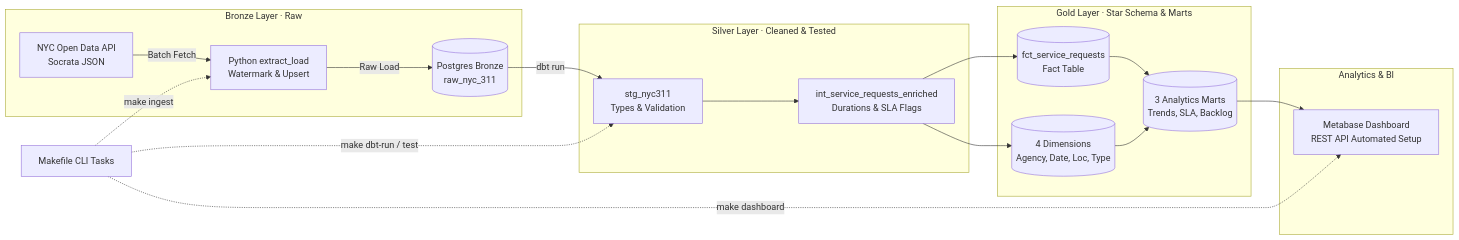
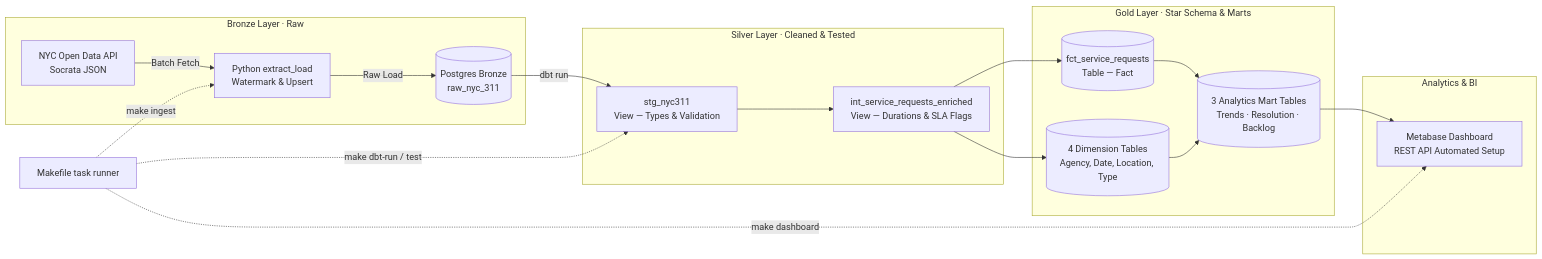
Before and after one commit to DataCraftTeam/nyc-311-data-platform: the diagram in README.md, drawn with Mermaid. The commit also changed other lines of this file, not shown here.

Commit message:
docs: improve README with verified results, config table, troubleshooting, limitations

````diff
--- a/README.md
+++ b/README.md
@@ -11,26 +16,26 @@
 ```mermaid
 flowchart LR
     subgraph BRONZE [Bronze Layer · Raw]
         API[NYC Open Data API\nSocrata JSON] -->|Batch Fetch| PY[Python extract_load\nWatermark & Upsert]
         PY -->|Raw Load| PG_B[(Postgres Bronze\nraw_nyc_311)]
     end
 
     subgraph SILVER [Silver Layer · Cleaned & Tested]
-        PG_B -->|dbt run| STG[stg_nyc311\nTypes & Validation]
-        STG --> INT[int_service_requests_enriched\nDurations & SLA Flags]
+        PG_B -->|dbt run| STG[stg_nyc311\nView — Types & Validation]
+        STG --> INT[int_service_requests_enriched\nView — Durations & SLA Flags]
     end
 
     subgraph GOLD [Gold Layer · Star Schema & Marts]
-        INT --> FCT[(fct_service_requests\nFact Table)]
-        INT --> DIMS[(4 Dimensions\nAgency, Date, Loc, Type)]
-        FCT & DIMS --> MARTS[(3 Analytics Marts\nTrends, SLA, Backlog)]
+        INT --> FCT[(fct_service_requests\nTable — Fact)]
+        INT --> DIMS[(4 Dimension Tables\nAgency, Date, Location, Type)]
+        FCT & DIMS --> MARTS[(3 Analytics Mart Tables\nTrends · Resolution · Backlog)]
     end
 
     subgraph SERVING [Analytics & BI]
         MARTS --> MB[Metabase Dashboard\nREST API Automated Setup]
     end
 
-    CLI[Makefile CLI Tasks] -.->|make ingest| PY
+    CLI[Makefile task runner] -.->|make ingest| PY
     CLI -.->|make dbt-run / test| STG
     CLI -.->|make dashboard| MB
 ```
````
